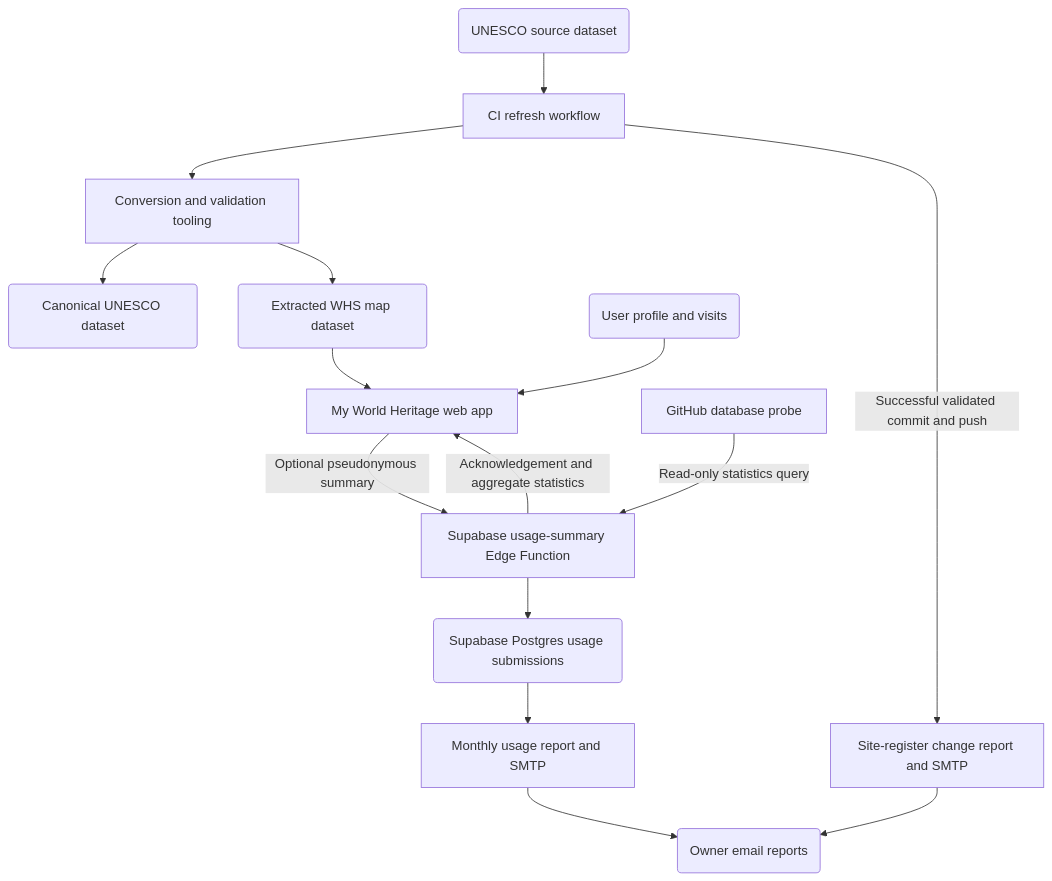
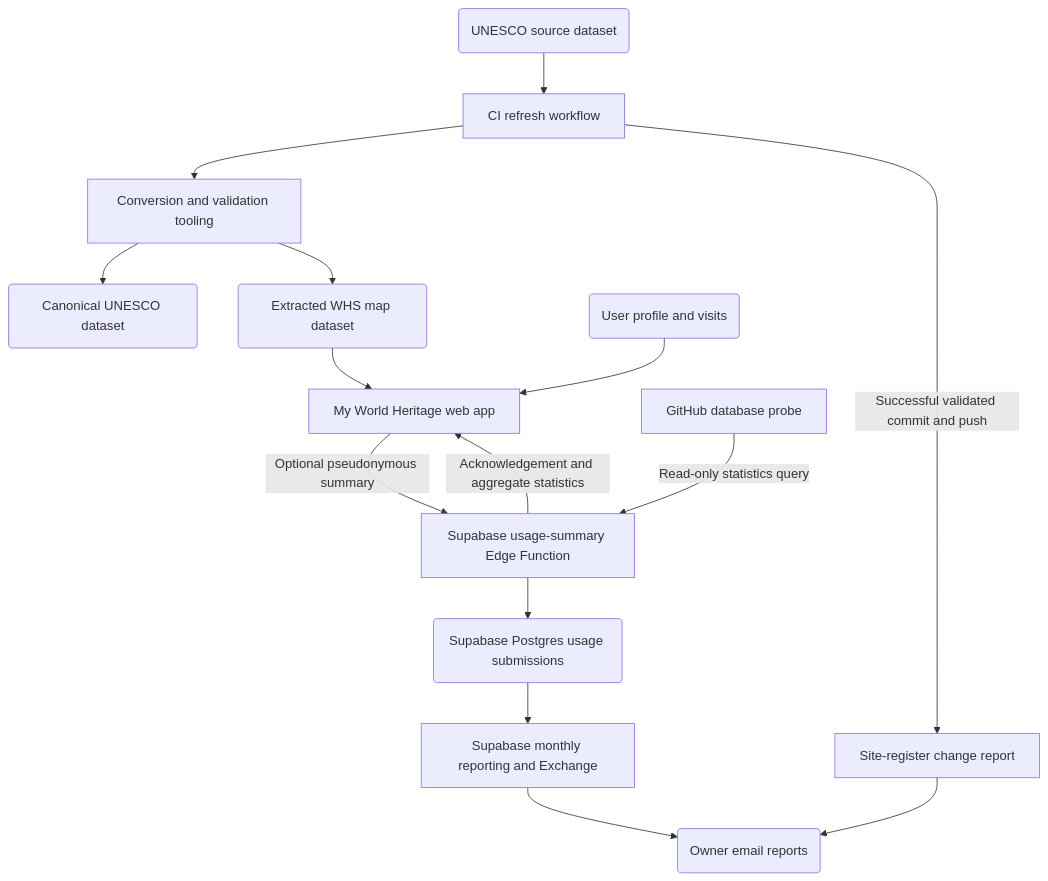
Before and after one commit to pekka-28/unesco: the diagram in Requirements.md, drawn with Mermaid. The commit also changed other lines of this file and 71 other files, not shown here.

Commit message:
Complete typed site, correct country attribution and finish reporting cutover

````diff
--- a/Requirements.md
+++ b/Requirements.md
@@ -26,32 +26,32 @@
 ```mermaid
 flowchart TD
   A1(UNESCO source dataset)
   A2(Canonical UNESCO dataset)
   A3(Extracted WHS map dataset)
   A4(User profile and visits)
   A5(Supabase Postgres usage submissions)
   A6(Owner email reports)
 
   P1[CI refresh workflow]
   P2[Conversion and validation tooling]
   P3[My World Heritage web app]
   P4[Supabase usage-summary Edge Function]
   P5[GitHub database probe]
-  P6[Monthly usage report and SMTP]
-  P7[Site-register change report and SMTP]
+  P6[Supabase monthly reporting and Exchange]
+  P7[Site-register change report]
 
   A1 --> P1
   P1 --> P2
   P2 --> A2
   P2 --> A3
   A3 --> P3
   A4 --> P3
   P3 -->|Optional pseudonymous summary| P4
   P4 --> A5
   P4 -->|Acknowledgement and aggregate statistics| P3
   P5 -->|Read-only statistics query| P4
   A5 --> P6
   P6 --> A6
   P1 -->|Successful validated commit and push| P7
   P7 --> A6
 ```
````
